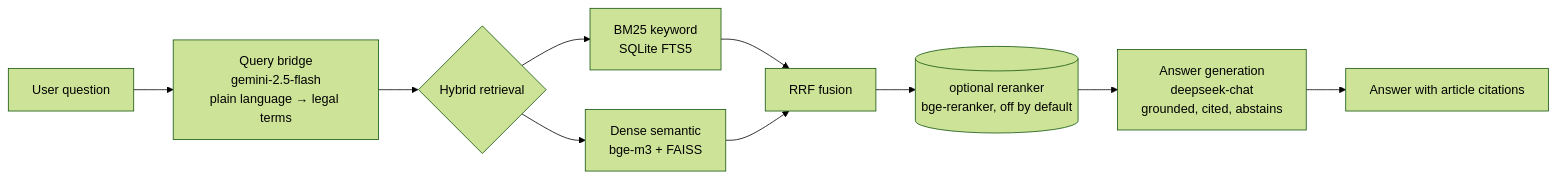
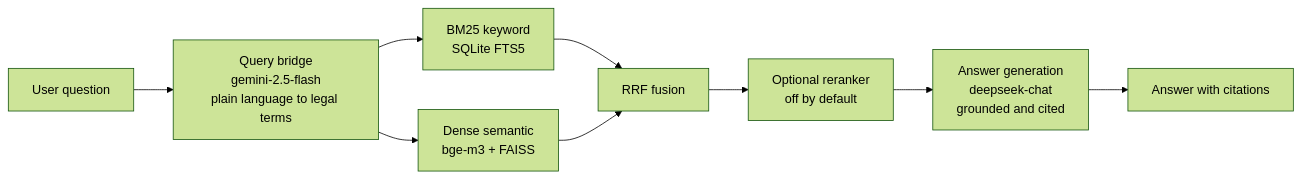
The diagram in README.md (yagmur-gul/turkish-legislation-rag), drawn with Mermaid (forest theme) before and after one commit.

Commit message:
Fix mermaid diagram rendering on GitHub (quoted labels, simplified shapes)

````diff
--- a/README.md
+++ b/README.md
@@ -25,12 +25,11 @@
 ```mermaid
 flowchart LR
-    Q[User question] --> B[Query bridge<br/>gemini-2.5-flash<br/>plain language → legal terms]
-    B --> H{Hybrid retrieval}
-    H --> K[BM25 keyword<br/>SQLite FTS5]
-    H --> V[Dense semantic<br/>bge-m3 + FAISS]
-    K --> F[RRF fusion]
+    Q["User question"] --> B["Query bridge<br/>gemini-2.5-flash<br/>plain language to legal terms"]
+    B --> K["BM25 keyword<br/>SQLite FTS5"]
+    B --> V["Dense semantic<br/>bge-m3 + FAISS"]
+    K --> F["RRF fusion"]
     V --> F
-    F --> R[(optional reranker<br/>bge-reranker, off by default)]
-    R --> G[Answer generation<br/>deepseek-chat<br/>grounded, cited, abstains]
-    G --> A[Answer with article citations]
+    F --> R["Optional reranker<br/>off by default"]
+    R --> G["Answer generation<br/>deepseek-chat<br/>grounded and cited"]
+    G --> A["Answer with citations"]
 ```
````
